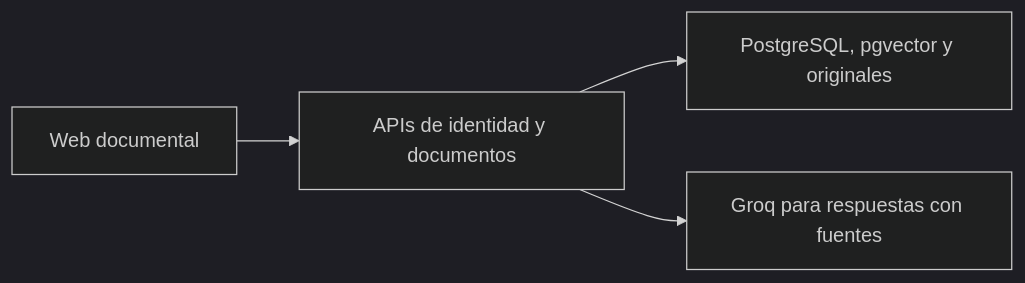
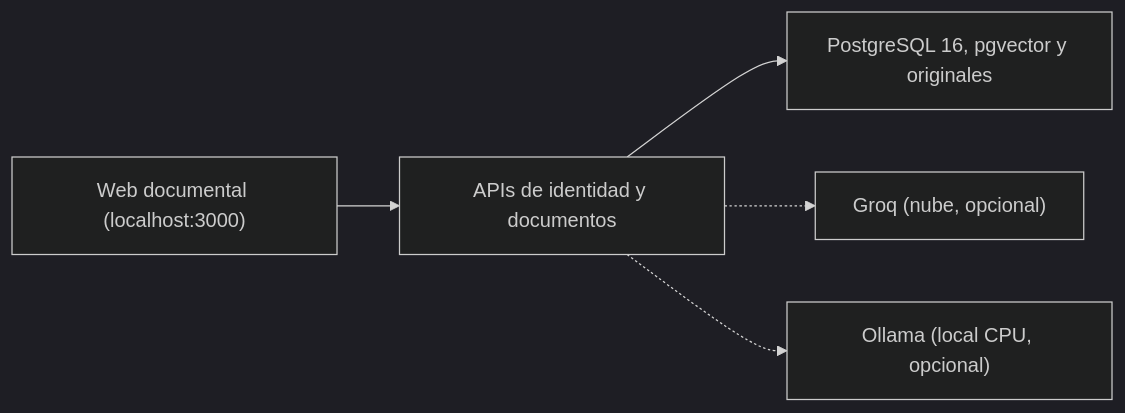
Before and after one commit to Blandskron/AgenteIADocumental: the diagram in README.md, drawn with Mermaid (dark theme). The commit also changed other lines of this file and 10 other files, not shown here.

````diff
--- a/README.md
+++ b/README.md
@@ -17,6 +18,7 @@
 ```mermaid
 flowchart LR
-    web["Web documental"] --> backend["APIs de identidad y documentos"]
-    backend --> store["PostgreSQL, pgvector y originales"]
-    backend --> groq["Groq para respuestas con fuentes"]
+    web["Web documental (localhost:3000)"] --> backend["APIs de identidad y documentos"]
+    backend --> store["PostgreSQL 16, pgvector y originales"]
+    backend -.-> groq["Groq (nube, opcional)"]
+    backend -.-> ollama["Ollama (local CPU, opcional)"]
 ```
````
